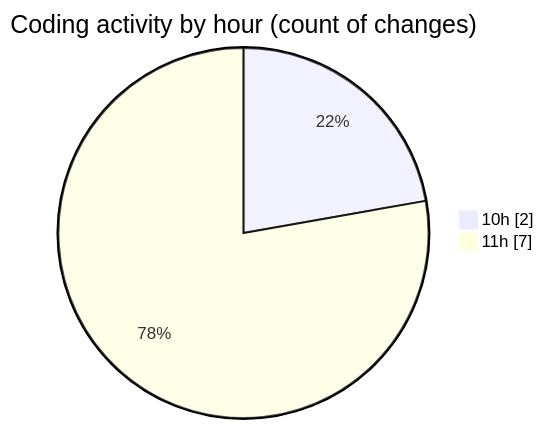
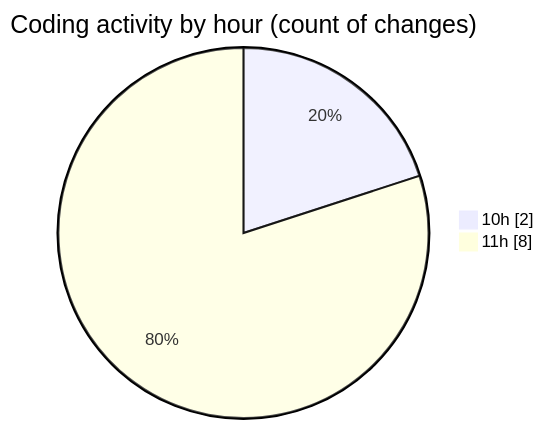
One commit to donsfak/code-tracking changed the second of 2 diagrams in 2026-10-06/portofolio-main/README.md. Above: the diagram before and after it, drawn with Mermaid. The commit also changed other lines of this file and 1 other file, not shown here.

````diff
--- a/2026-10-06/portofolio-main/README.md
+++ b/2026-10-06/portofolio-main/README.md
@@ -30,6 +32,6 @@
 ```mermaid
 pie showData
 title Coding activity by hour (count of changes)
 "10h" : 2
-"11h" : 7
+"11h" : 8
 ```
````
